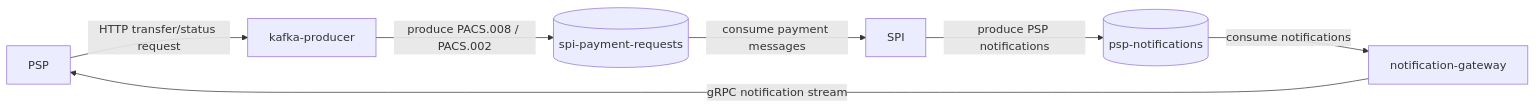
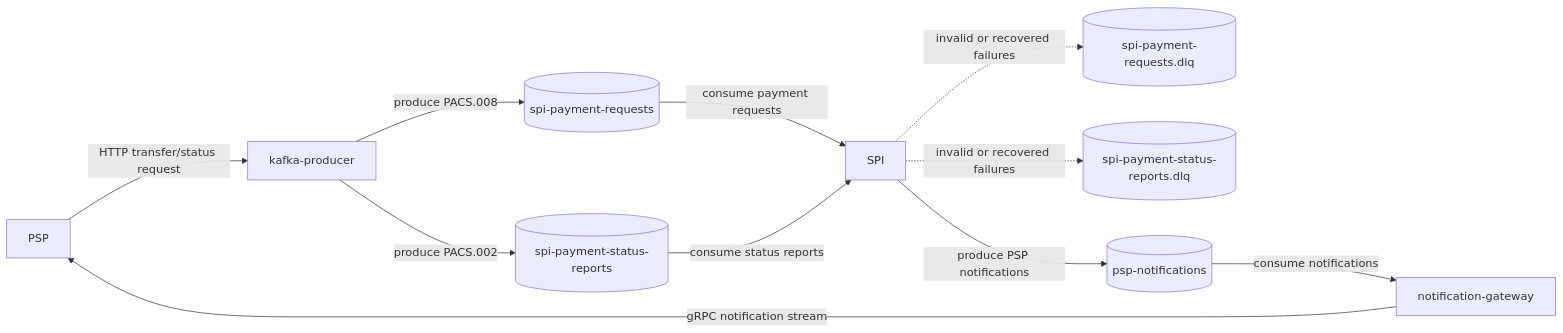
Before and after one commit to borgeskauan/instant-payment-system: the diagram in docs/KAFKA_MESSAGE_FLOW.md, drawn with Mermaid. The commit also changed other lines of this file and 4 other files, not shown here.

````diff
--- a/docs/KAFKA_MESSAGE_FLOW.md
+++ b/docs/KAFKA_MESSAGE_FLOW.md
@@ -5,16 +5,23 @@
 ```mermaid
 flowchart LR
     PSP["PSP"]
     Producer["kafka-producer"]
     PaymentRequests[("spi-payment-requests")]
+    StatusReports[("spi-payment-status-reports")]
+    PaymentRequestsDlq[("spi-payment-requests.dlq")]
+    StatusReportsDlq[("spi-payment-status-reports.dlq")]
     SPI["SPI"]
     Notifications[("psp-notifications")]
     Gateway["notification-gateway"]
 
     PSP -->|"HTTP transfer/status request"| Producer
-    Producer -->|"produce PACS.008 / PACS.002"| PaymentRequests
-    PaymentRequests -->|"consume payment messages"| SPI
+    Producer -->|"produce PACS.008"| PaymentRequests
+    Producer -->|"produce PACS.002"| StatusReports
+    PaymentRequests -->|"consume payment requests"| SPI
+    StatusReports -->|"consume status reports"| SPI
+    SPI -.->|"invalid or recovered failures"| PaymentRequestsDlq
+    SPI -.->|"invalid or recovered failures"| StatusReportsDlq
     SPI -->|"produce PSP notifications"| Notifications
     Notifications -->|"consume notifications"| Gateway
     Gateway -->|"gRPC notification stream"| PSP
 ```
````
